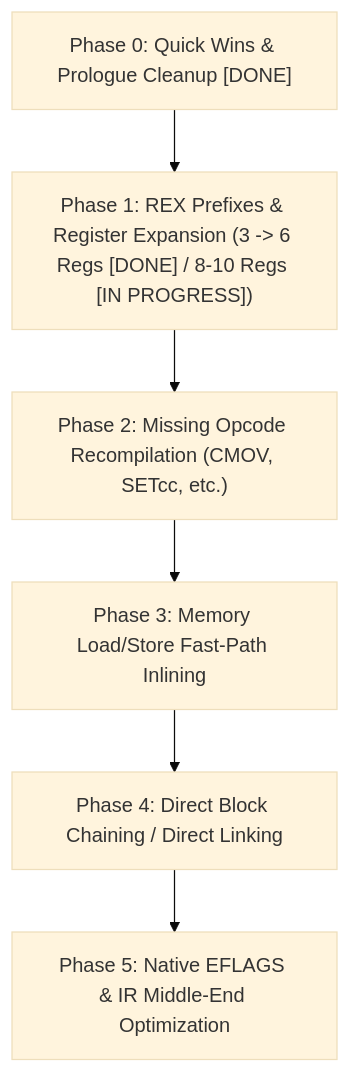
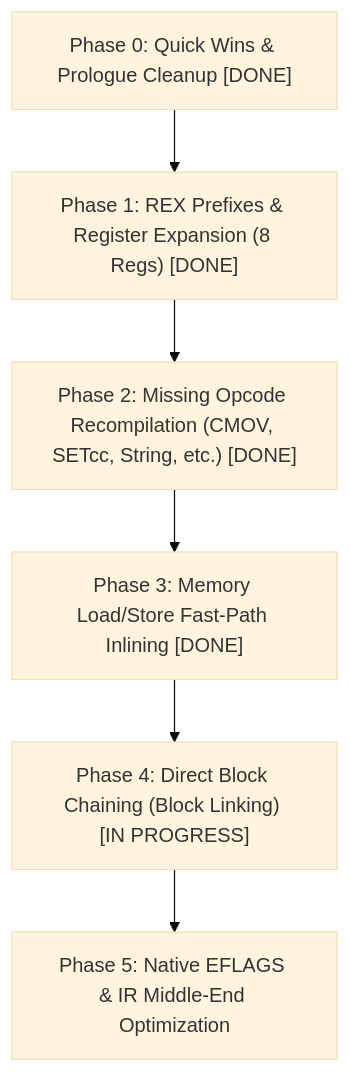
One commit to marmarama/86Box changed the first of 2 diagrams in src/codegen_new/ROADMAP.md. Above: the diagram before and after it, drawn with Mermaid (base theme). The commit also changed other lines of this file, not shown here.

Commit message:
docs(codegen_new): update ROADMAP.md with Phase 4 block linking progress

````diff
--- a/src/codegen_new/ROADMAP.md
+++ b/src/codegen_new/ROADMAP.md
@@ -5,8 +5,8 @@
 ```mermaid
 graph TD
-    P0["Phase 0: Quick Wins & Prologue Cleanup [DONE]"] --> P1["Phase 1: REX Prefixes & Register Expansion (3 -> 6 Regs [DONE] / 8-10 Regs [IN PROGRESS])"]
-    P1 --> P2["Phase 2: Missing Opcode Recompilation (CMOV, SETcc, etc.)"]
-    P2 --> P3["Phase 3: Memory Load/Store Fast-Path Inlining"]
-    P3 --> P4["Phase 4: Direct Block Chaining / Direct Linking"]
+    P0["Phase 0: Quick Wins & Prologue Cleanup [DONE]"] --> P1["Phase 1: REX Prefixes & Register Expansion (8 Regs) [DONE]"]
+    P1 --> P2["Phase 2: Missing Opcode Recompilation (CMOV, SETcc, String, etc.) [DONE]"]
+    P2 --> P3["Phase 3: Memory Load/Store Fast-Path Inlining [DONE]"]
+    P3 --> P4["Phase 4: Direct Block Chaining (Block Linking) [IN PROGRESS]"]
     P4 --> P5["Phase 5: Native EFLAGS & IR Middle-End Optimization"]
 ```
````
